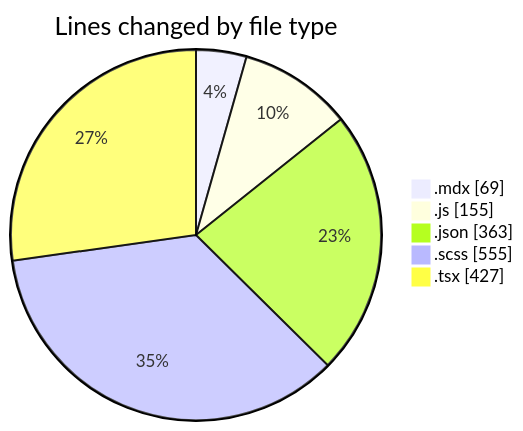
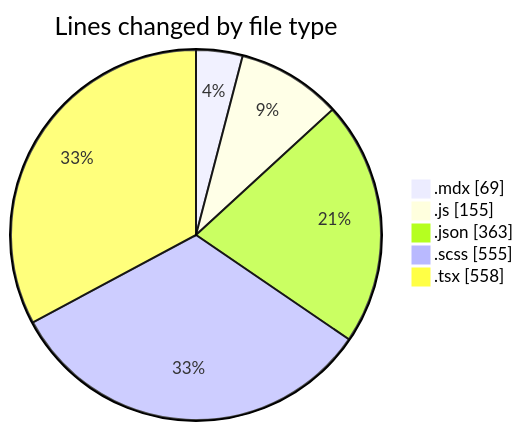
One commit to momahboobian/code-tracking changed the first of 2 diagrams in 2026-08-13/cda/README.md. Above: the diagram before and after it, drawn with Mermaid. The commit also changed other lines of this file and 1 other file, not shown here.

````diff
--- a/2026-08-13/cda/README.md
+++ b/2026-08-13/cda/README.md
@@ -31,9 +32,9 @@
 ```mermaid
 pie showData
 title Lines changed by file type
 ".mdx" : 69
 ".js" : 155
 ".json" : 363
 ".scss" : 555
-".tsx" : 427
+".tsx" : 558
 ```
````
